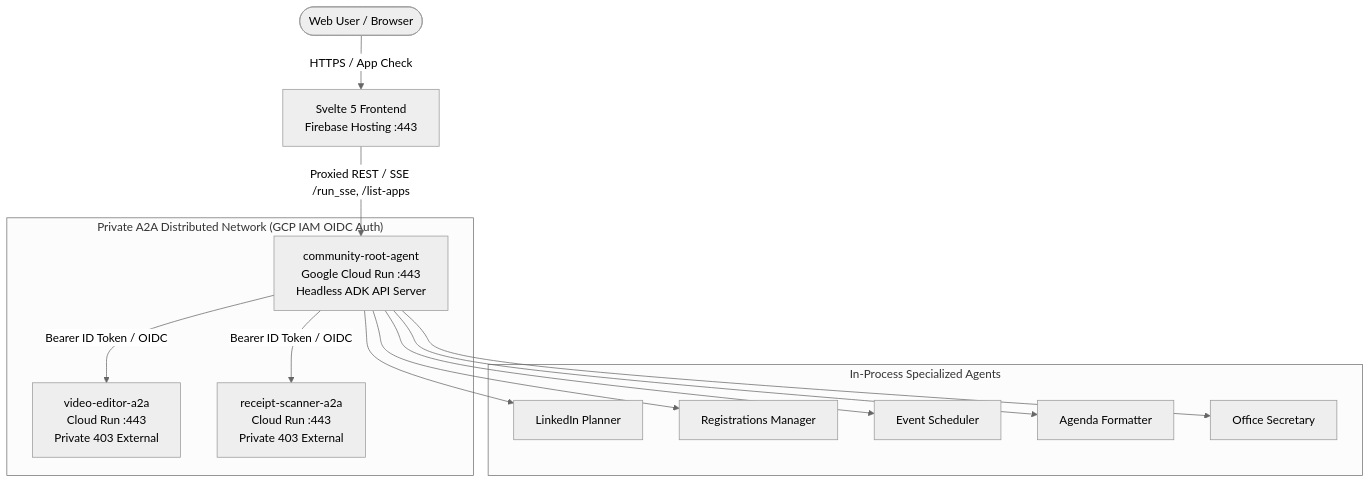
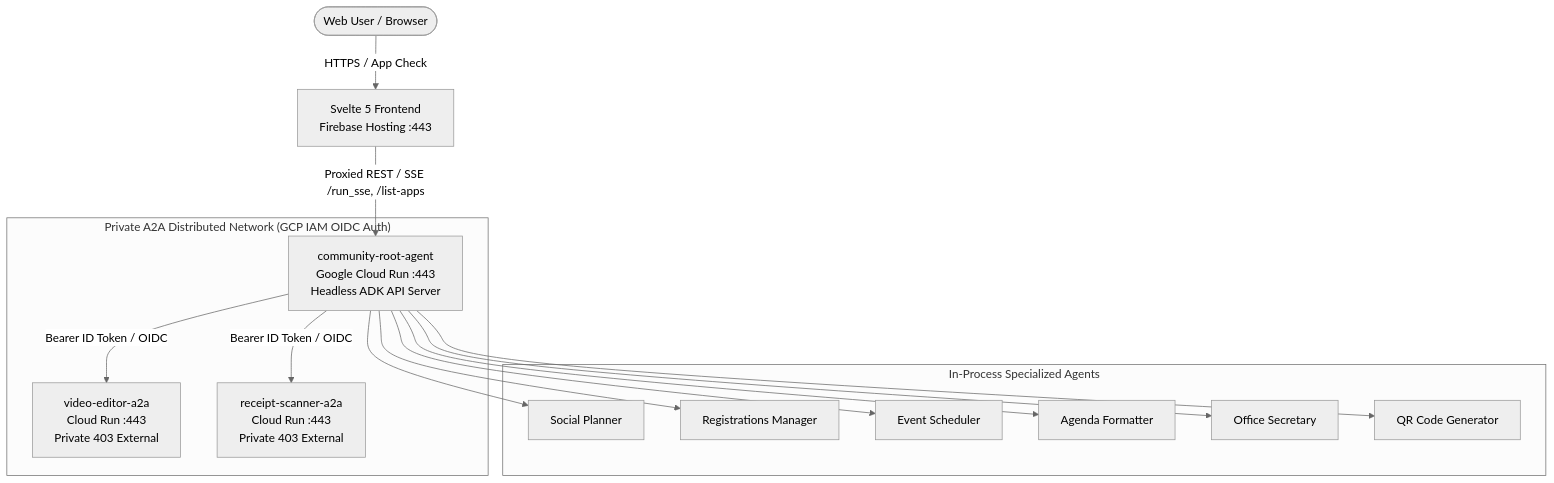
The diagram in docs/DEPLOYMENT_GUIDE.md (aplachykau-git/gdg_agents), drawn with Mermaid (neutral theme) before and after one commit. The commit also changed other lines of this file and 99 other files, not shown here.

First line of the commit message:
feat(platform): add QR code agent, countdown planner, MCP server, and upgrade dependencies

````diff
--- a/docs/DEPLOYMENT_GUIDE.md
+++ b/docs/DEPLOYMENT_GUIDE.md
@@ -20,18 +20,19 @@
 ```mermaid
 graph TD
     User([Web User / Browser]) -->|HTTPS / App Check| Frontend[Svelte 5 Frontend <br> Firebase Hosting :443]
     Frontend -->|Proxied REST / SSE /run_sse, /list-apps| RootAgent[community-root-agent <br> Google Cloud Run :443 <br> Headless ADK API Server]
     
     subgraph "Private A2A Distributed Network (GCP IAM OIDC Auth)"
         RootAgent -->|Bearer ID Token / OIDC| VideoAgent[video-editor-a2a <br> Cloud Run :443 <br> Private 403 External]
         RootAgent -->|Bearer ID Token / OIDC| ReceiptAgent[receipt-scanner-a2a <br> Cloud Run :443 <br> Private 403 External]
     end
     
     subgraph "In-Process Specialized Agents"
-        RootAgent --> LinkedIn[LinkedIn Planner]
+        RootAgent --> LinkedIn[Social Planner]
         RootAgent --> RegManager[Registrations Manager]
         RootAgent --> Planner[Event Scheduler]
         RootAgent --> Agenda[Agenda Formatter]
         RootAgent --> Secretary[Office Secretary]
+        RootAgent --> QR[QR Code Generator]
     end
 ```
````
